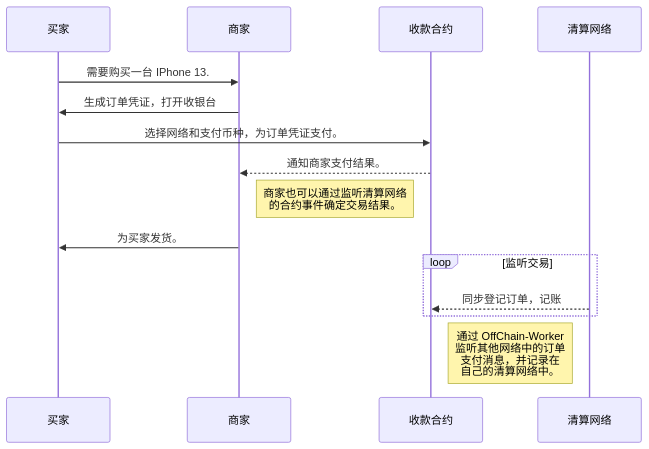
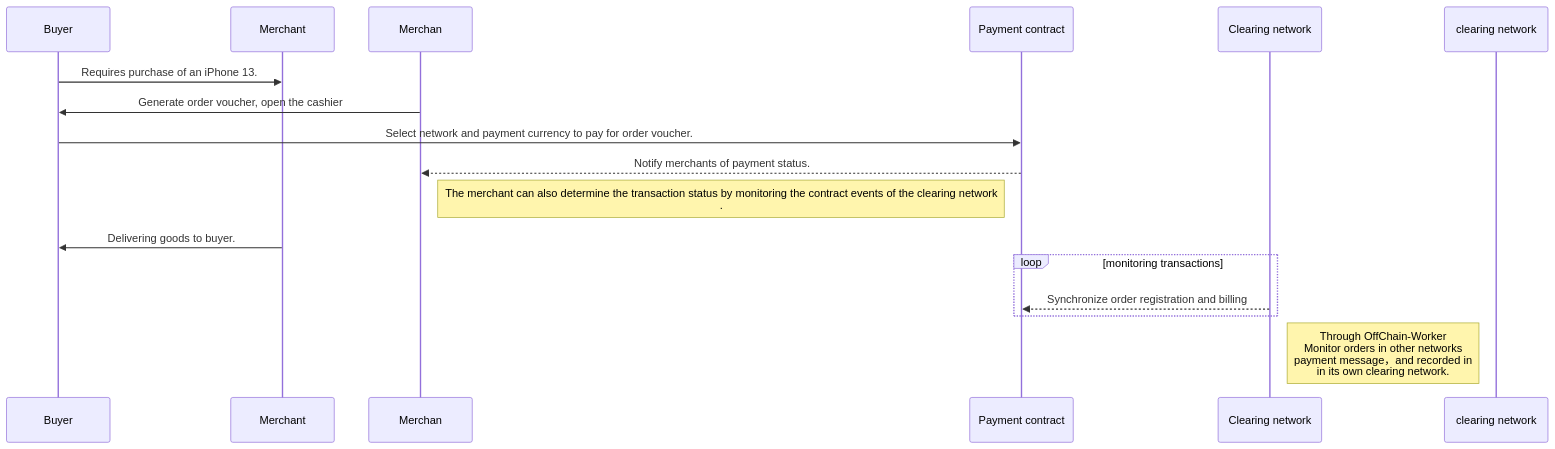
One commit to nulls-network/acala-hackathon-ppt changed the first of 2 diagrams in index_en.md. Above: the diagram before and after it, drawn with Mermaid. The commit also changed other lines of this file and 1 other file, not shown here.

````diff
--- a/index_en.md
+++ b/index_en.md
@@ -126,13 +126,13 @@
 ```mermaid
 sequenceDiagram
-    买家 ->> 商家: 需要购买一台 IPhone 13.
-    商家 ->> 买家 : 生成订单凭证，打开收银台
-    买家 ->> 收款合约 : 选择网络和支付币种，为订单凭证支付。
-    收款合约 -->> 商家: 通知商家支付结果。
-    Note left of 收款合约 : 商家也可以通过监听清算网络<br />的合约事件确定交易结果。
-    商家 ->> 买家 : 为买家发货。
-    loop 监听交易
-        清算网络 -->> 收款合约 : 同步登记订单，记账
+    Buyer ->> Merchant: Requires purchase of an iPhone 13.
+    Merchan ->> Buyer : Generate order voucher, open the cashier
+    Buyer ->> Payment contract : Select network and payment currency to pay for order voucher.
+    Payment contract -->> Merchan: Notify merchants of payment status.
+    Note left of Payment contract : The merchant can also determine the transaction status by monitoring the contract events of the clearing network <br />.
+    Merchant ->> Buyer : Delivering goods to buyer.
+    loop monitoring transactions
+        Clearing network -->> Payment contract : Synchronize order registration and billing
     end 
-    Note left of 清算网络 : 通过 OffChain-Worker<br/>监听其他网络中的订单<br/>支付消息，并记录在<br/>自己的清算网络中。
+    Note left of clearing network : Through OffChain-Worker<br/>Monitor orders in other networks<br/>payment message，and recorded in<br/>in its own clearing network.
 ```
````
